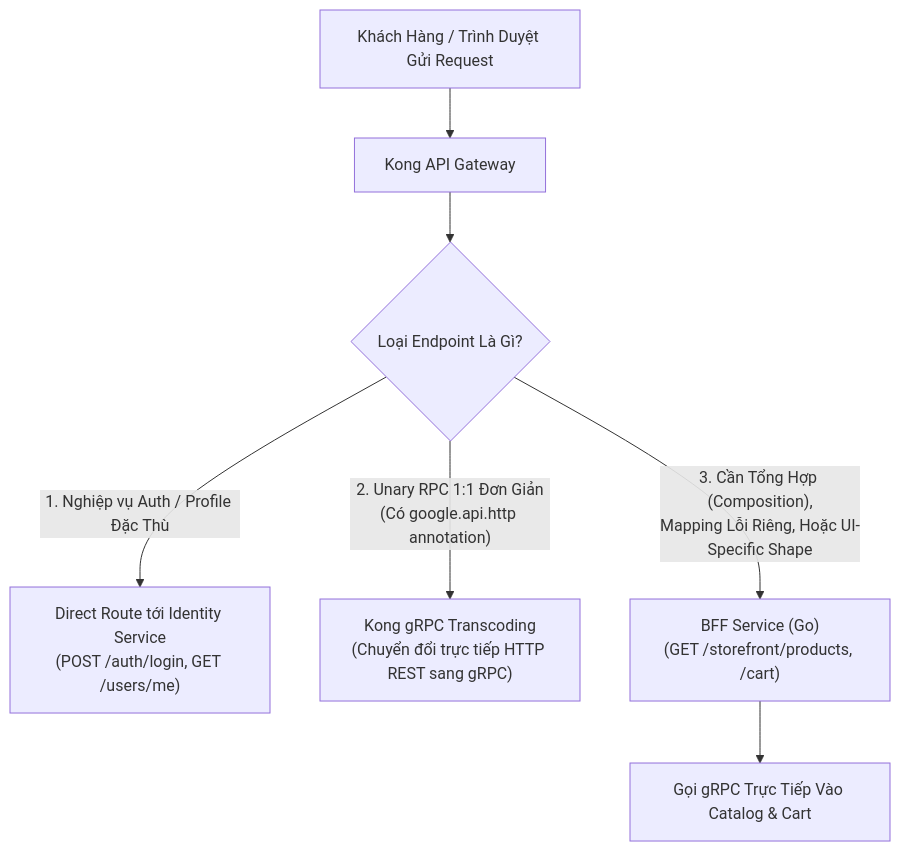
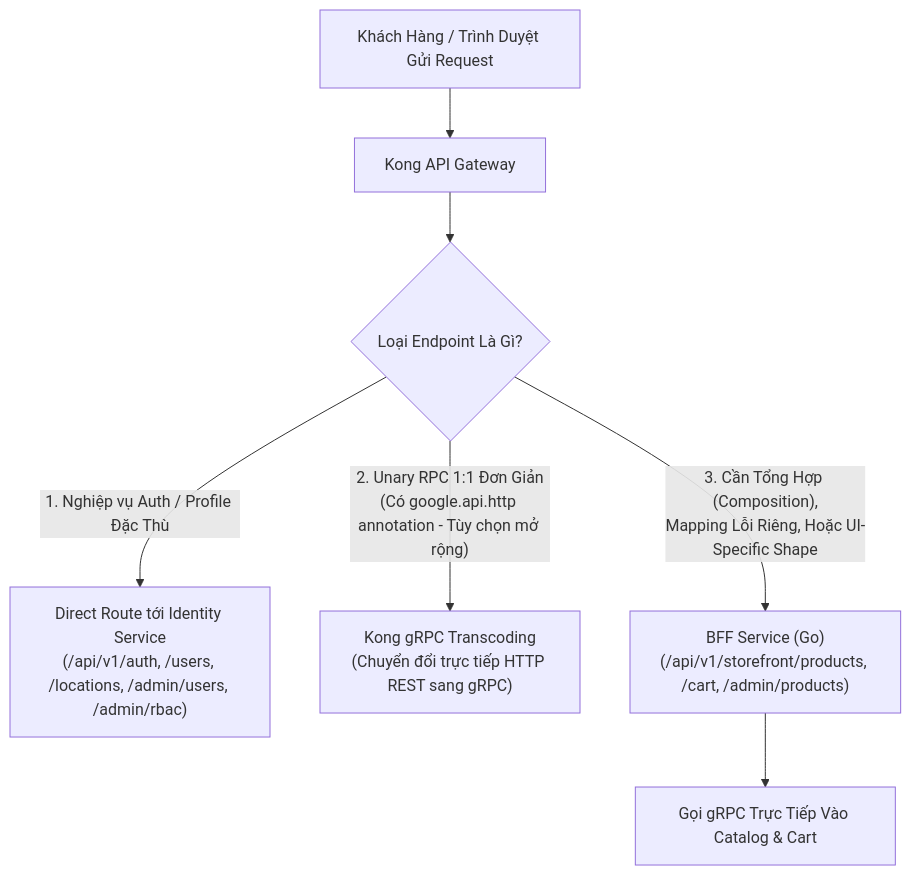
Before and after one commit to tuoitho/dreamshop: the second of 3 diagrams in docs/architecture-evaluation/03-giao-thuc-hop-dong-va-hybrid-routing.md, drawn with Mermaid. The commit also changed other lines of this file and 40 other files, not shown here.

````diff
--- a/docs/architecture-evaluation/03-giao-thuc-hop-dong-va-hybrid-routing.md
+++ b/docs/architecture-evaluation/03-giao-thuc-hop-dong-va-hybrid-routing.md
@@ -71,12 +72,12 @@
 ```mermaid
 flowchart TD
     Req["Khách Hàng / Trình Duyệt Gửi Request"] --> Kong["Kong API Gateway"]
 
     Kong --> Decision{"Loại Endpoint Là Gì?"}
 
-    Decision -- "1. Nghiệp vụ Auth / Profile Đặc Thù" --> DirectId["Direct Route tới Identity Service\n(POST /auth/login, GET /users/me)"]
-    Decision -- "2. Unary RPC 1:1 Đơn Giản\n(Có google.api.http annotation)" --> Transcode["Kong gRPC Transcoding\n(Chuyển đổi trực tiếp HTTP REST sang gRPC)"]
-    Decision -- "3. Cần Tổng Hợp (Composition),\nMapping Lỗi Riêng, Hoặc UI-Specific Shape" --> BFFRoute["BFF Service (Go)\n(GET /storefront/products, /cart)"]
+    Decision -- "1. Nghiệp vụ Auth / Profile Đặc Thù" --> DirectId["Direct Route tới Identity Service\n(/api/v1/auth, /users, /locations, /admin/users, /admin/rbac)"]
+    Decision -- "2. Unary RPC 1:1 Đơn Giản\n(Có google.api.http annotation - Tùy chọn mở rộng)" --> Transcode["Kong gRPC Transcoding\n(Chuyển đổi trực tiếp HTTP REST sang gRPC)"]
+    Decision -- "3. Cần Tổng Hợp (Composition),\nMapping Lỗi Riêng, Hoặc UI-Specific Shape" --> BFFRoute["BFF Service (Go)\n(/api/v1/storefront/products, /cart, /admin/products)"]
 
     BFFRoute --> InternalMesh["Gọi gRPC Trực Tiếp Vào Catalog & Cart"]
 ```
````
